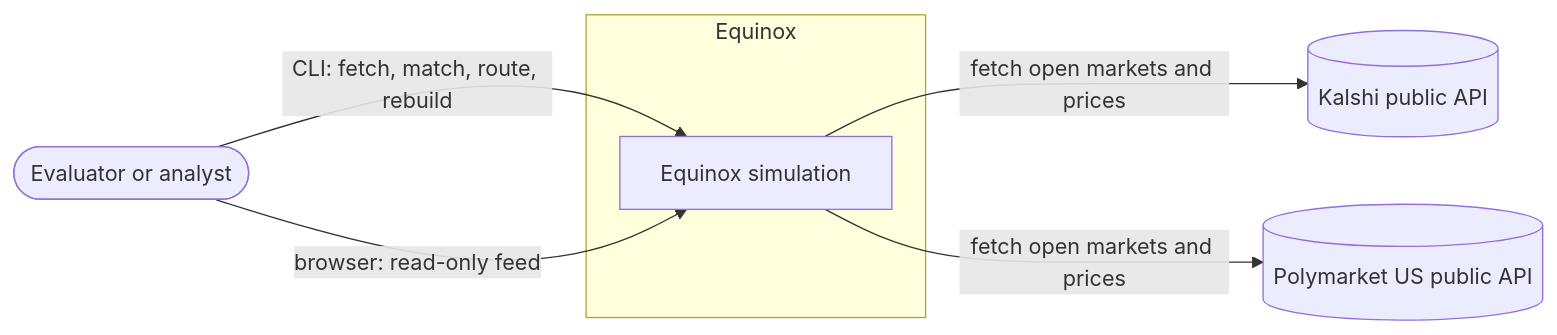
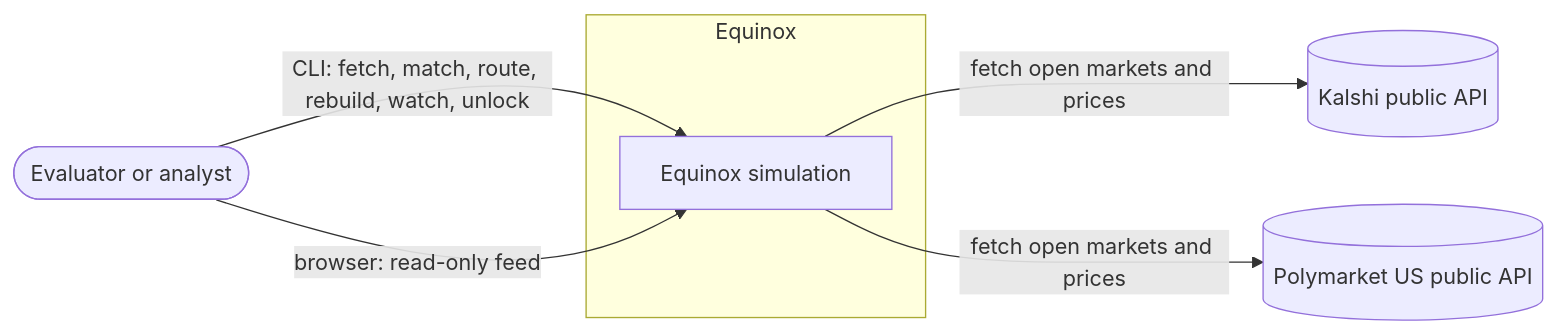
The first of 10 diagrams in docs/architecture.md (debudash/equinox-crossvenue-predictionmkt), drawn with Mermaid before and after one commit. The commit also changed other lines of this file and 21 other files, not shown here.

````diff
--- a/docs/architecture.md
+++ b/docs/architecture.md
@@ -15,13 +15,13 @@
 ```mermaid
 flowchart LR
   person([Evaluator or analyst])
   subgraph Equinox
     sys[Equinox simulation]
   end
   kalshi[(Kalshi public API)]
   poly[(Polymarket US public API)]
-  person -- "CLI: fetch, match, route, rebuild" --> sys
+  person -- "CLI: fetch, match, route, rebuild, watch, unlock" --> sys
   person -- "browser: read-only feed" --> sys
   sys -- "fetch open markets and prices" --> kalshi
   sys -- "fetch open markets and prices" --> poly
 ```
````
